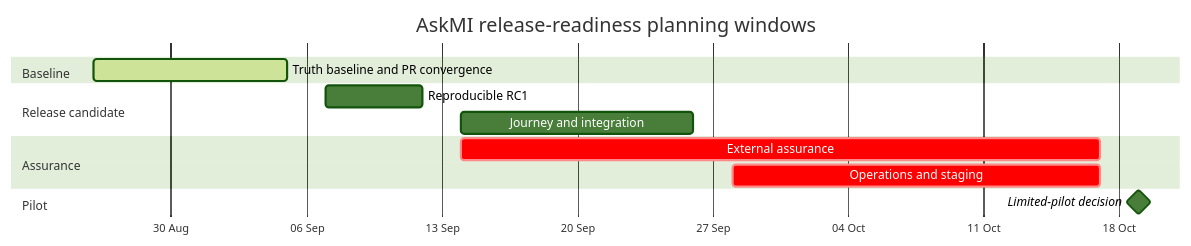
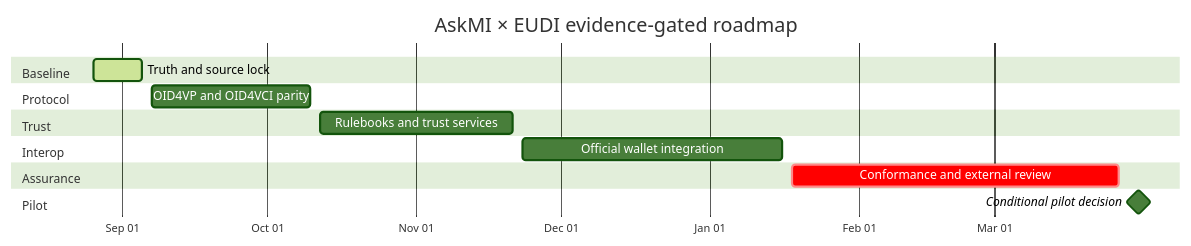
The diagram in docs/RELEASE_READINESS_ROADMAP.md (Late-bloomer420/miTch), drawn with Mermaid (forest theme) before and after one commit. The commit also changed other lines of this file and 3 other files, not shown here.

Commit message:
docs: align roadmap with official EUDI reference stack

````diff
--- a/docs/RELEASE_READINESS_ROADMAP.md
+++ b/docs/RELEASE_READINESS_ROADMAP.md
@@ -56,16 +55,18 @@
 ```mermaid
 gantt
-    title AskMI release-readiness planning windows
+    title AskMI × EUDI evidence-gated roadmap
     dateFormat YYYY-MM-DD
-    axisFormat %d %b
+    axisFormat %b %d
     section Baseline
-    Truth baseline and PR convergence :active, baseline, 2026-08-26, 10d
-    section Release candidate
-    Reproducible RC1 :rc1, 2026-09-07, 5d
-    Journey and integration :journey, 2026-09-14, 12d
+    Truth and source lock :active, w0, 2026-08-26, 10d
+    section Protocol
+    OID4VP and OID4VCI parity :w1, 2026-09-07, 33d
+    section Trust
+    Rulebooks and trust services :w2, 2026-10-12, 40d
+    section Interop
+    Official wallet integration :w3, 2026-11-23, 54d
     section Assurance
-    External assurance :crit, assurance, 2026-09-14, 33d
-    Operations and staging :crit, operations, 2026-09-28, 19d
+    Conformance and external review :crit, w4, 2027-01-18, 68d
     section Pilot
-    Limited-pilot decision :milestone, pilot, 2026-10-19, 0d
+    Conditional pilot decision :milestone, pilot, 2027-03-31, 0d
 ```
````
